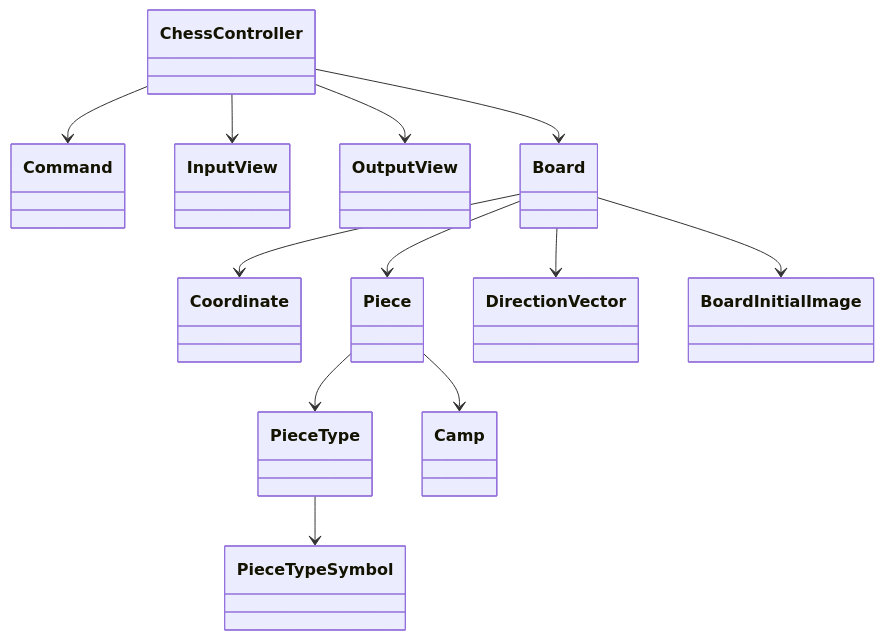
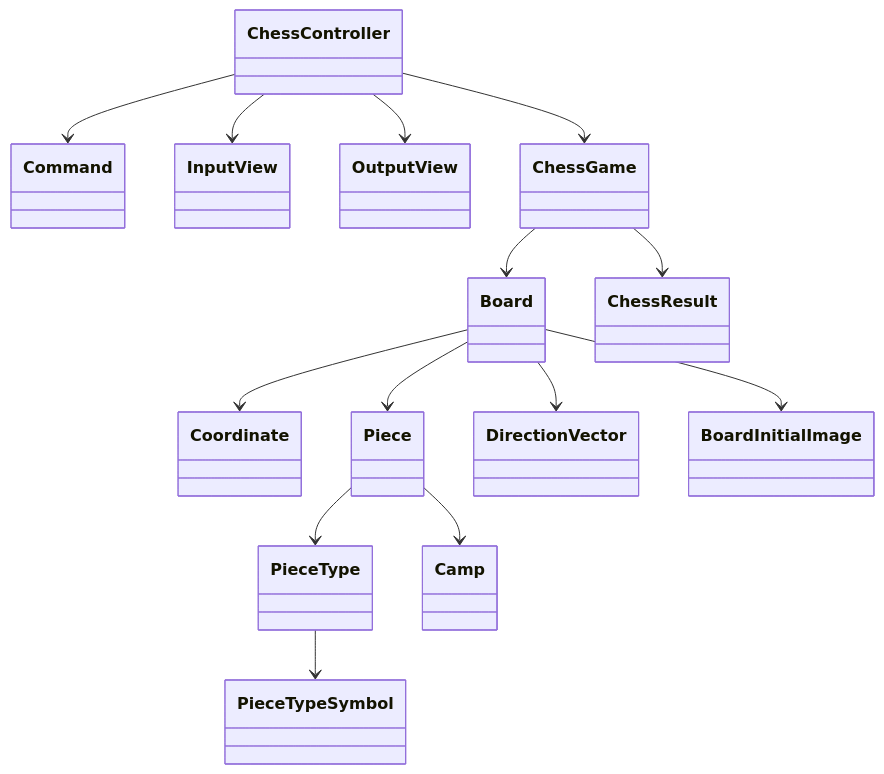
The diagram in README.md (woowacourse/java-chess), drawn with Mermaid before and after one commit. The commit also changed other lines of this file, not shown here.

````diff
--- a/README.md
+++ b/README.md
@@ -60,14 +70,16 @@
 ```mermaid
 classDiagram
   ChessController --> Command
   ChessController --> InputView
   ChessController --> OutputView
-  ChessController --> Board
+  ChessController --> ChessGame
+  ChessGame --> Board
+  ChessGame --> ChessResult
   Board --> Coordinate
   Board --> Piece
   Board --> DirectionVector
   Board --> BoardInitialImage
   Piece --> PieceType
   Piece --> Camp
   PieceType --> PieceTypeSymbol
 ```
````
